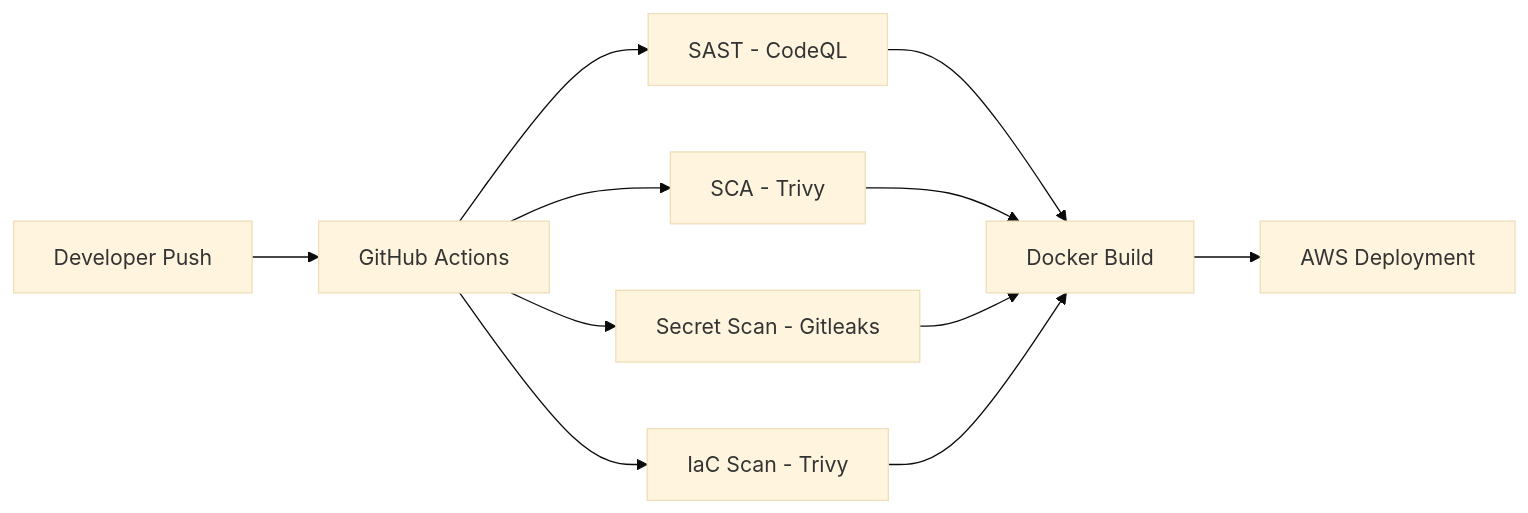
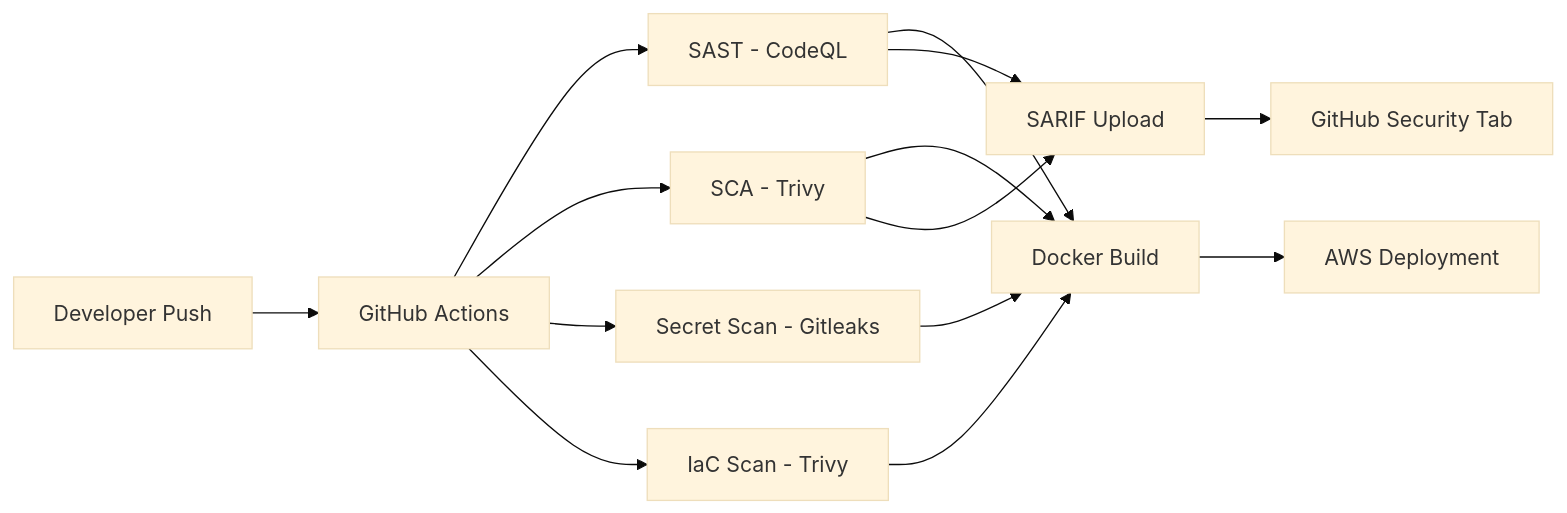
The diagram in README.md (AurelienKumarathas/devsecops-pipeline-project-1), drawn with Mermaid (base theme) before and after one commit. The commit also changed other lines of this file, not shown here.

````diff
--- a/README.md
+++ b/README.md
@@ -45,13 +64,16 @@
 ```mermaid
 graph LR
     A[Developer Push] --> B[GitHub Actions]
     B --> C[SAST - CodeQL]
     B --> D[SCA - Trivy]
     B --> E[Secret Scan - Gitleaks]
     B --> F[IaC Scan - Trivy]
     C --> G[Docker Build]
     D --> G
     E --> G
     F --> G
     G --> H[AWS Deployment]
+    C --> I[SARIF Upload]
+    D --> I
+    I --> J[GitHub Security Tab]
 ```
````
